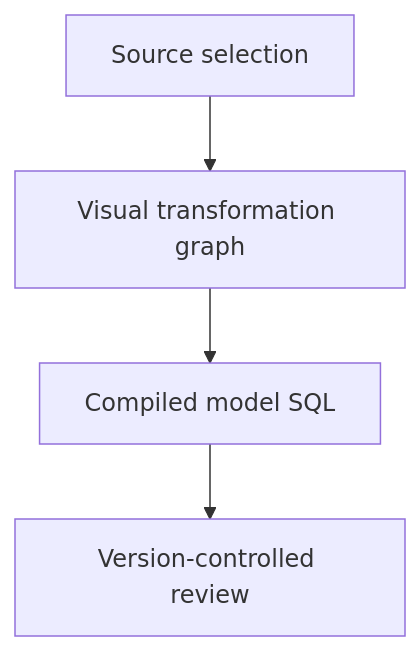
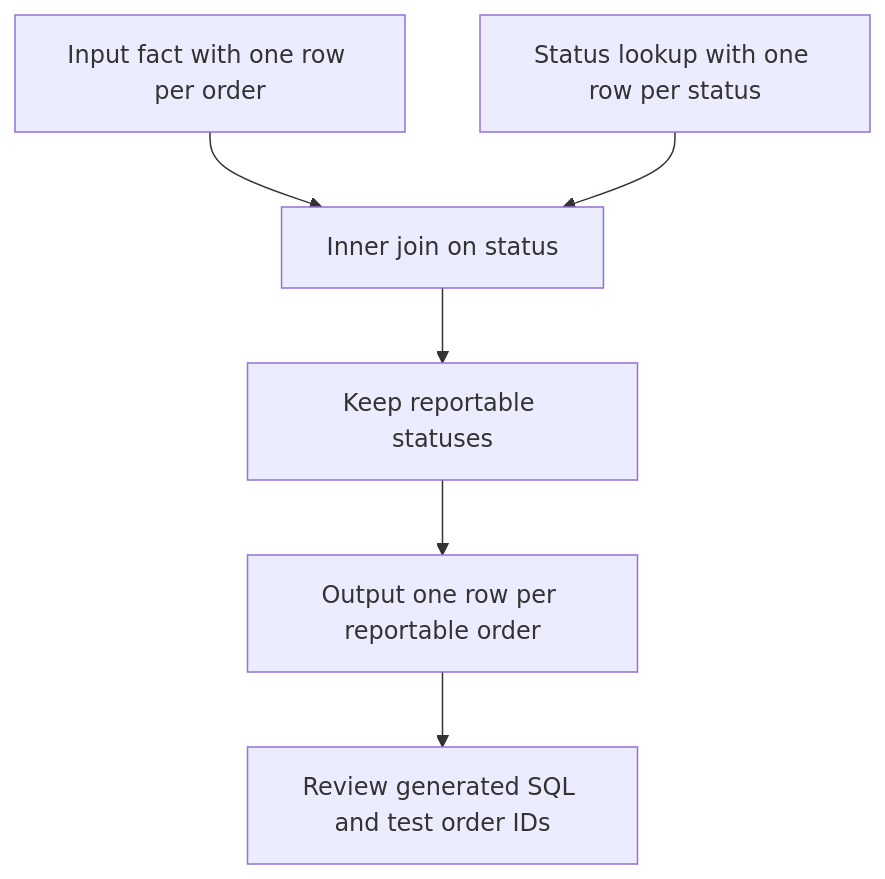
One commit to Rohit1024/dbt-learn changed the diagram in docs/lessons/0025-dbt-canvas-and-visual-model-development.md. Above: the diagram before and after it, drawn with Mermaid. The commit also changed other lines of this file and 4 other files, not shown here.

````diff
--- a/docs/lessons/0025-dbt-canvas-and-visual-model-development.md
+++ b/docs/lessons/0025-dbt-canvas-and-visual-model-development.md
@@ -7,8 +11,10 @@
 ```mermaid
 flowchart TD
-    A["Source selection"]
-    B["Visual transformation graph"]
-    C["Compiled model SQL"]
-    D["Version-controlled review"]
-    A --> B --> C --> D
+    A["Input fact with one row per order"]
+    B["Status lookup with one row per status"]
+    A --> C["Inner join on status"]
+    B --> C
+    C --> D["Keep reportable statuses"]
+    D --> E["Output one row per reportable order"]
+    E --> F["Review generated SQL and test order IDs"]
 ```
````
